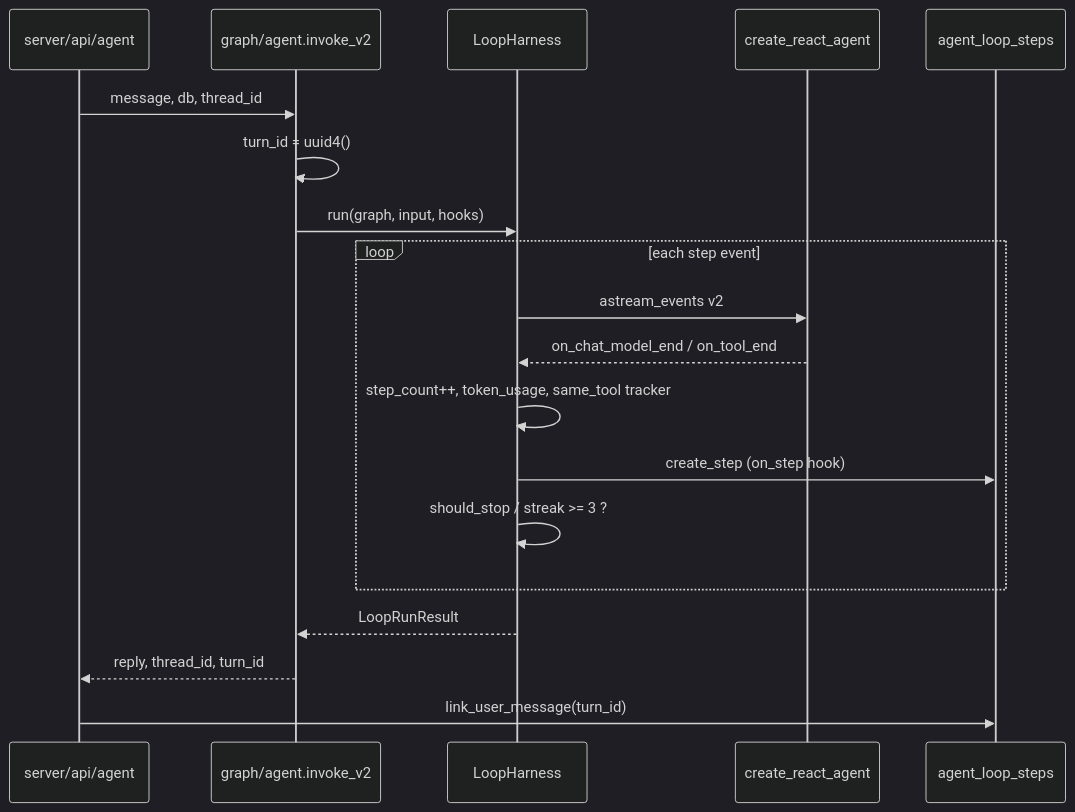
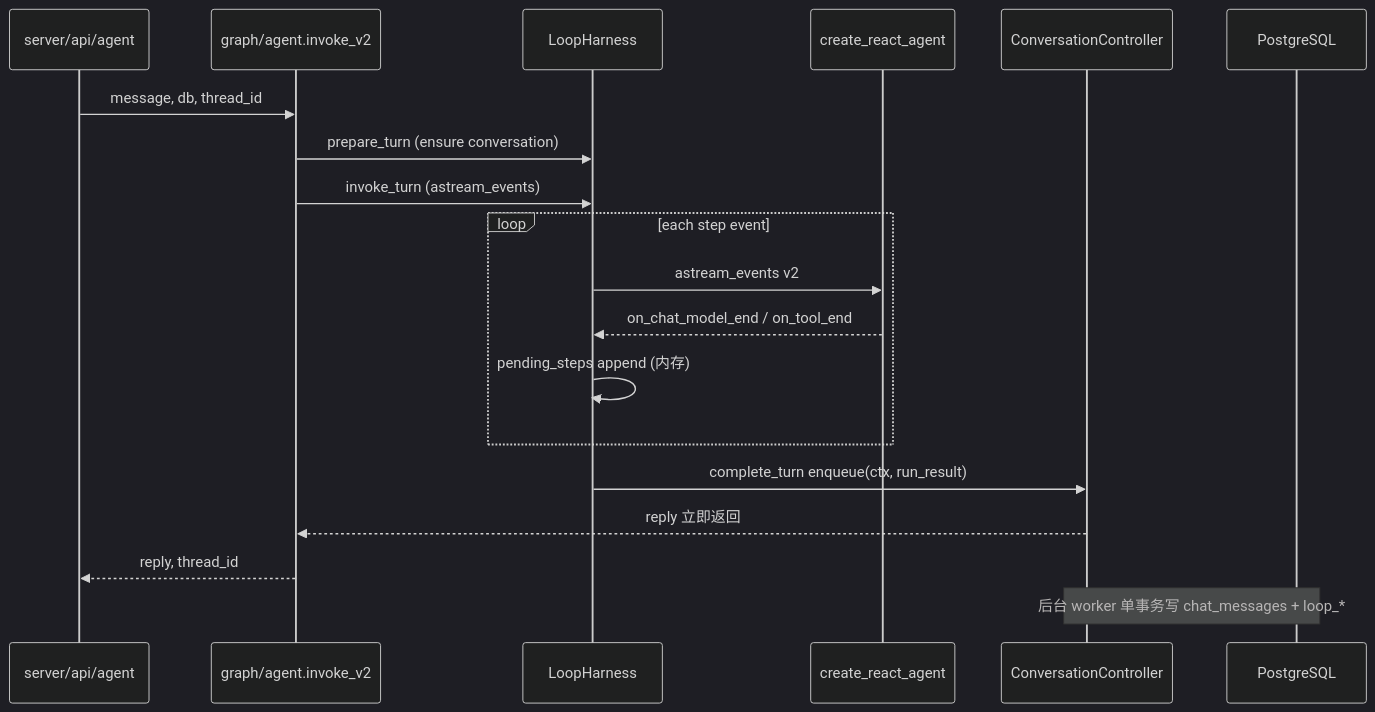
The diagram in docs/knowledge/M10-loop-engineering.md (duruo850/llm-agent-workbench), drawn with Mermaid (dark theme) before and after one commit. The commit also changed other lines of this file and 11 other files, not shown here.

````diff
--- a/docs/knowledge/M10-loop-engineering.md
+++ b/docs/knowledge/M10-loop-engineering.md
@@ -26,22 +26,22 @@
 ```mermaid
 sequenceDiagram
   participant API as server/api/agent
   participant GA as graph/agent.invoke_v2
   participant LH as LoopHarness
   participant Graph as create_react_agent
-  participant DB as agent_loop_steps
+  participant Ctrl as ConversationController
+  participant DB as PostgreSQL
 
   API->>GA: message, db, thread_id
-  GA->>GA: turn_id = uuid4()
-  GA->>LH: run(graph, input, hooks)
+  GA->>LH: prepare_turn (ensure conversation)
+  GA->>LH: invoke_turn (astream_events)
   loop each step event
     LH->>Graph: astream_events v2
     Graph-->>LH: on_chat_model_end / on_tool_end
-    LH->>LH: step_count++, token_usage, same_tool tracker
-    LH->>DB: create_step (on_step hook)
-    LH->>LH: should_stop / streak >= 3 ?
+    LH->>LH: pending_steps append (内存)
   end
-  LH-->>GA: LoopRunResult
-  GA-->>API: reply, thread_id, turn_id
-  API->>DB: link_user_message(turn_id)
+  LH->>Ctrl: complete_turn enqueue(ctx, run_result)
+  Ctrl-->>GA: reply 立即返回
+  GA-->>API: reply, thread_id
+  Note over Ctrl,DB: 后台 worker 单事务写 chat_messages + loop_*
 ```
````
